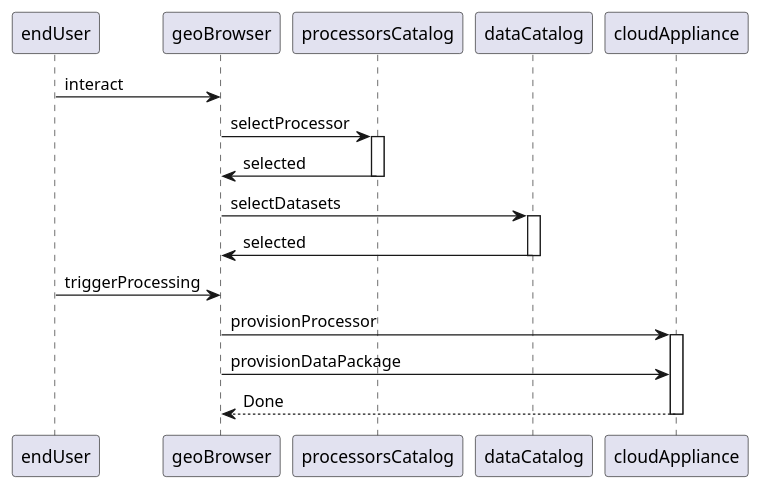
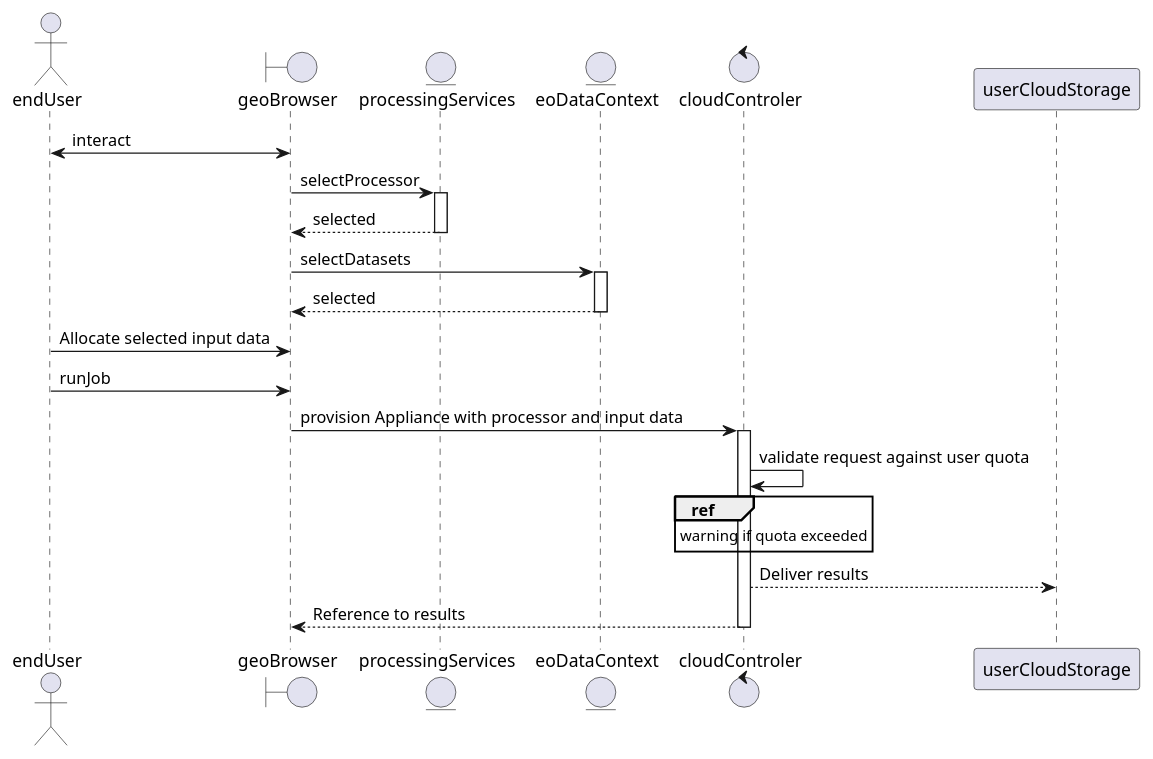
One commit to Terradue/doc-tep-geohazards-arch changed the sixth of 6 diagrams in source/enterprise/scope.rst. Above: the diagram before and after it, drawn with PlantUML.

```diff
--- a/source/enterprise/scope.rst
+++ b/source/enterprise/scope.rst
@@ -106,21 +106,32 @@
 .. uml::
 
-       participant endUser
+       actor endUser
+       ' Boundary (view in MVC) Objects that interface with system actors   
+       boundary geoBrowser 
+       ' Entity (model in MVC): Objects representing system data
+       entity processingServices
+       entity eoDataContext
+       ' Control (controller in MVC): Objects that mediate between boundaries and entities
+       control cloudControler
 
-       endUser -> geoBrowser: interact
-       geoBrowser -> processorsCatalog: selectProcessor
-       activate processorsCatalog
-       geoBrowser <- processorsCatalog: selected 
-       deactivate processorsCatalog
+       endUser <-> geoBrowser: interact
+       geoBrowser -> processingServices: selectProcessor
+       activate processingServices
+       geoBrowser <-- processingServices: selected 
+       deactivate processingServices
 
-       geoBrowser -> dataCatalog: selectDatasets
-       activate dataCatalog
-       geoBrowser <- dataCatalog: selected
-       deactivate dataCatalog
+       geoBrowser -> eoDataContext: selectDatasets
+       activate eoDataContext
+       geoBrowser <-- eoDataContext: selected
+       deactivate eoDataContext
 
-       endUser -> geoBrowser: triggerProcessing
-       geoBrowser -> cloudAppliance: provisionProcessor
-       activate cloudAppliance
-       geoBrowser -> cloudAppliance: provisionDataPackage
-       cloudAppliance --> geoBrowser: Done
-       deactivate cloudAppliance
+       endUser -> geoBrowser: Allocate selected input data
+       endUser -> geoBrowser: runJob
+
+       geoBrowser -> cloudControler: provision Appliance with processor and input data
+       activate cloudControler
+       cloudControler->cloudControler: validate request against user quota
+       ref over cloudControler: warning if quota exceeded
+       cloudControler --> userCloudStorage: Deliver results
+       geoBrowser <-- cloudControler: Reference to results
+       deactivate cloudControler
```
